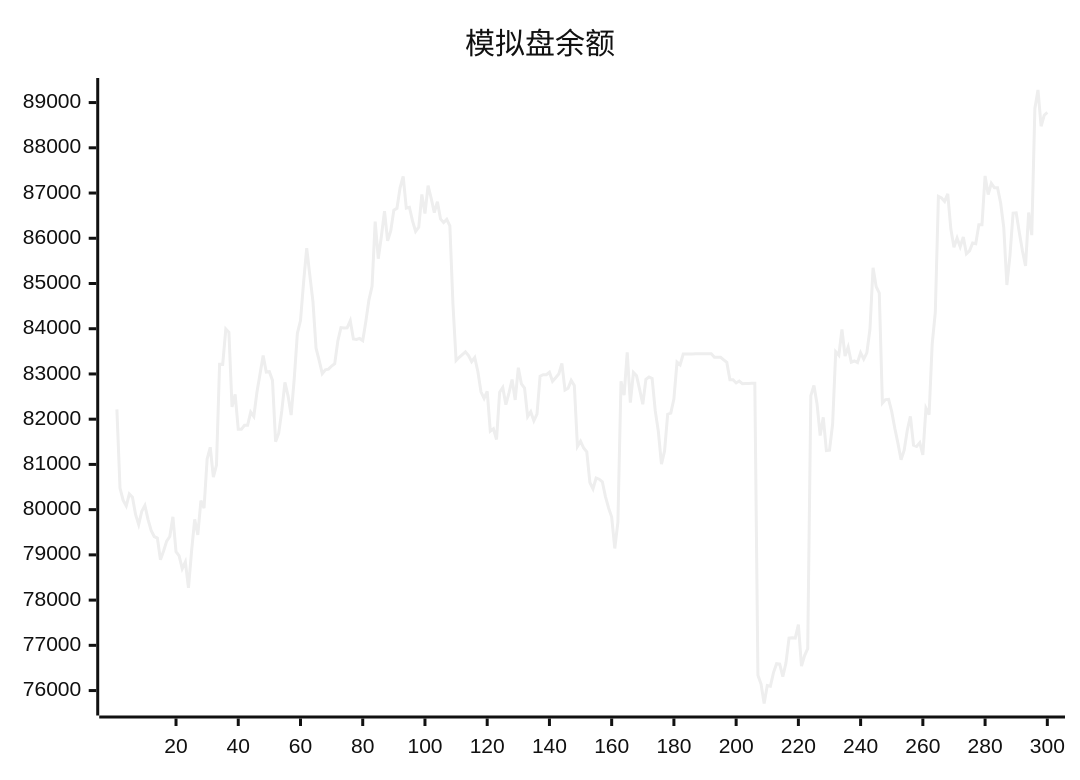
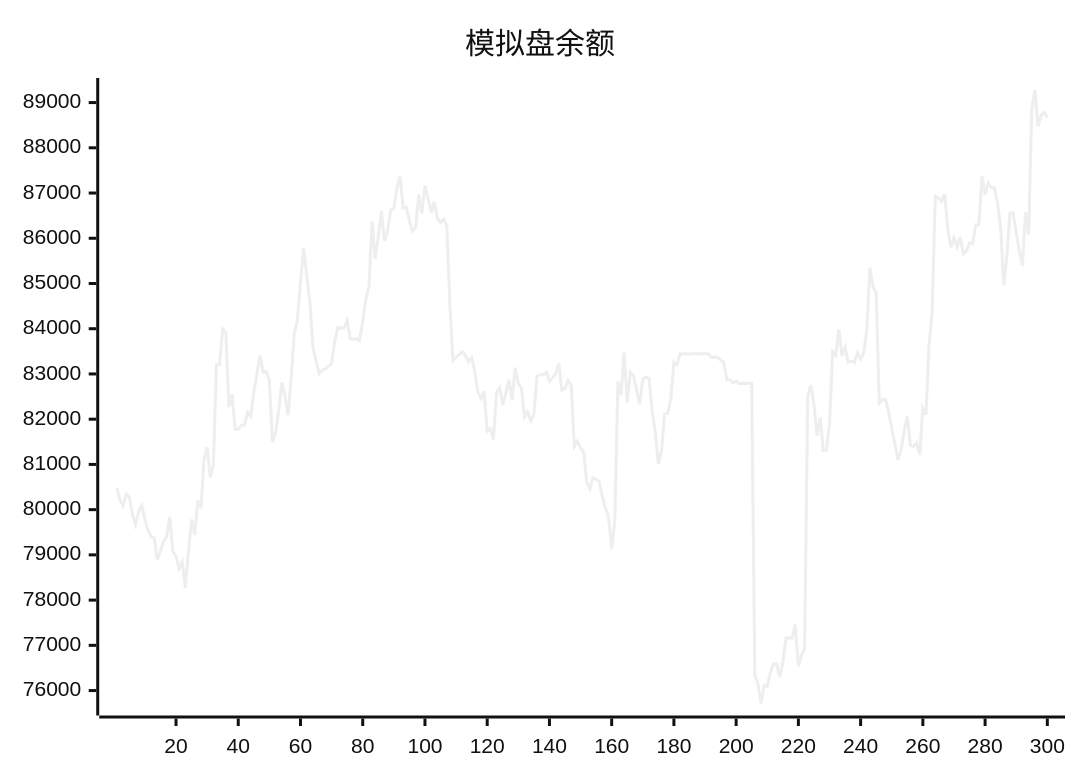
Before and after one commit to aahl/ai-trading: the diagram in README.md, drawn with Mermaid (neutral theme). The commit also changed other lines of this file and 1 other file, not shown here.

````diff
--- a/README.md
+++ b/README.md
@@ -5,5 +5,5 @@
 ```mermaid
 xychart
     title "模拟盘余额"
-    line [82216,80477,80208,80081,80348,80277,79894,79670,79965,80093,79786,79542,79406,79371,78893,79087,79304,79406,79841,79072,78978,78696,78846,78272,79085,79787,79442,80198,80031,81120,81379,80718,80985,83214,83212,83993,83921,82270,82547,81776,81776,81866,81866,82158,82061,82596,83000,83408,83041,83050,82858,81503,81691,82188,82812,82517,82092,82901,83898,84180,85030,85781,85178,84604,83569,83298,83008,83093,83107,83175,83228,83729,84025,84017,84019,84177,83775,83762,83785,83738,84160,84639,84939,86370,85548,86046,86599,85942,86161,86622,86664,87115,87369,86666,86685,86384,86152,86243,86969,86548,87164,86885,86566,86809,86427,86348,86417,86273,84538,83299,83369,83430,83490,83404,83270,83362,83056,82605,82459,82614,81734,81788,81551,82598,82702,82320,82580,82878,82426,83139,82778,82686,82056,82166,81963,82110,82951,82983,82984,83038,82838,82915,82998,83235,82642,82682,82858,82746,81396,81512,81362,81277,80600,80461,80699,80673,80616,80288,80038,79836,79142,79722,82837,82533,83480,82366,83032,82960,82654,82330,82883,82934,82901,82188,81728,81005,81298,82110,82135,82449,83264,83203,83440,83439,83440,83440,83446,83447,83448,83447,83448,83449,83369,83369,83369,83313,83256,82872,82873,82801,82844,82785,82791,82791,82793,82794,76339,76145,75714,76110,76096,76397,76594,76585,76310,76607,77160,77170,77160,77456,76541,76774,76927,82520,82744,82337,81639,82040,81307,81314,81887,83490,83414,83984,83396,83594,83261,83287,83253,83470,83327,83465,83987,85348,84930,84786,82355,82433,82438,82167,81795,81466,81105,81315,81756,82064,81426,81398,81481,81210,82242,82099,83658,84359,86925,86892,86814,86980,86203,85802,86003,85811,86028,85657,85721,85896,85880,86300,86299,87378,86965,87214,87115,87118,86780,86238,84966,85623,86555,86562,86129,85722,85387,86569,86070,88870,89278,88477,88720,88781]
+    line [80477,80208,80081,80348,80277,79894,79670,79965,80093,79786,79542,79406,79371,78893,79087,79304,79406,79841,79072,78978,78696,78846,78272,79085,79787,79442,80198,80031,81120,81379,80718,80985,83214,83212,83993,83921,82270,82547,81776,81776,81866,81866,82158,82061,82596,83000,83408,83041,83050,82858,81503,81691,82188,82812,82517,82092,82901,83898,84180,85030,85781,85178,84604,83569,83298,83008,83093,83107,83175,83228,83729,84025,84017,84019,84177,83775,83762,83785,83738,84160,84639,84939,86370,85548,86046,86599,85942,86161,86622,86664,87115,87369,86666,86685,86384,86152,86243,86969,86548,87164,86885,86566,86809,86427,86348,86417,86273,84538,83299,83369,83430,83490,83404,83270,83362,83056,82605,82459,82614,81734,81788,81551,82598,82702,82320,82580,82878,82426,83139,82778,82686,82056,82166,81963,82110,82951,82983,82984,83038,82838,82915,82998,83235,82642,82682,82858,82746,81396,81512,81362,81277,80600,80461,80699,80673,80616,80288,80038,79836,79142,79722,82837,82533,83480,82366,83032,82960,82654,82330,82883,82934,82901,82188,81728,81005,81298,82110,82135,82449,83264,83203,83440,83439,83440,83440,83446,83447,83448,83447,83448,83449,83369,83369,83369,83313,83256,82872,82873,82801,82844,82785,82791,82791,82793,82794,76339,76145,75714,76110,76096,76397,76594,76585,76310,76607,77160,77170,77160,77456,76541,76774,76927,82520,82744,82337,81639,82040,81307,81314,81887,83490,83414,83984,83396,83594,83261,83287,83253,83470,83327,83465,83987,85348,84930,84786,82355,82433,82438,82167,81795,81466,81105,81315,81756,82064,81426,81398,81481,81210,82242,82099,83658,84359,86925,86892,86814,86980,86203,85802,86003,85811,86028,85657,85721,85896,85880,86300,86299,87378,86965,87214,87115,87118,86780,86238,84966,85623,86555,86562,86129,85722,85387,86569,86070,88870,89278,88477,88720,88781,88668]
 ```
````
